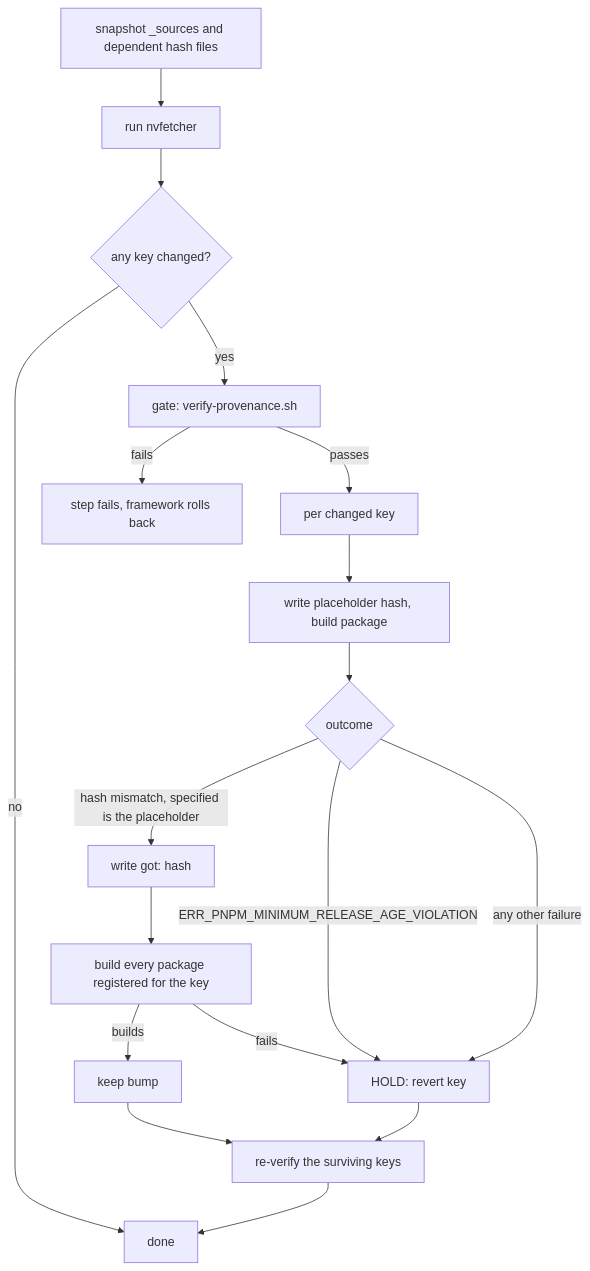
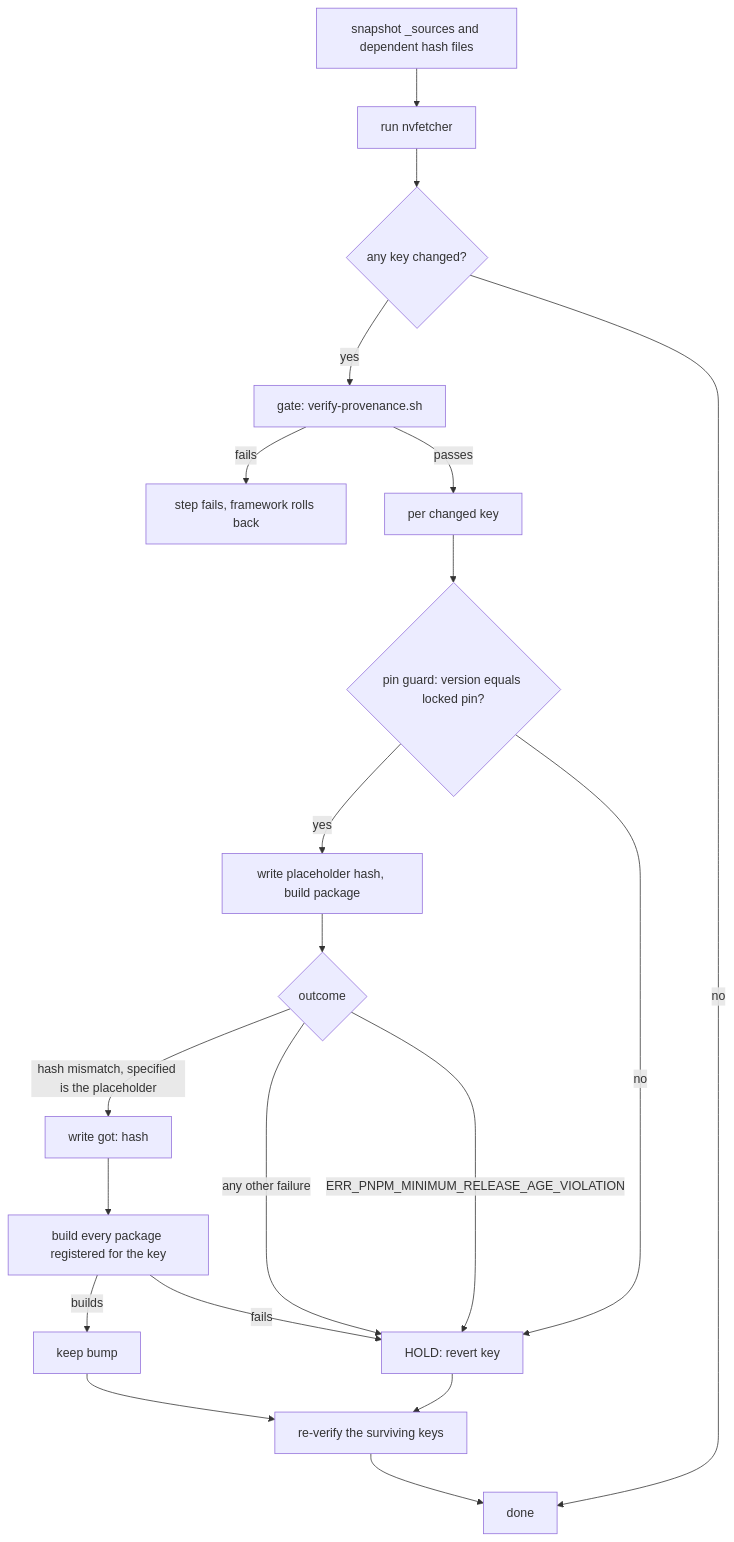
Before and after one commit to phillipgreenii/nix-overlay: the diagram in docs/update-locks-dependent-hashes.md, drawn with Mermaid. The commit also changed other lines of this file and 3 other files, not shown here.

First line of the commit message:
update-locks: hold a gomu bump the locked nix-base does not pin

````diff
--- a/docs/update-locks-dependent-hashes.md
+++ b/docs/update-locks-dependent-hashes.md
@@ -25,20 +26,22 @@
 ```mermaid
 flowchart TD
   A["snapshot _sources and dependent hash files"] --> B["run nvfetcher"]
   B --> C{"any key changed?"}
   C -- no --> Z["done"]
   C -- yes --> D["gate: verify-provenance.sh"]
   D -- fails --> F["step fails, framework rolls back"]
   D -- passes --> E["per changed key"]
-  E --> G["write placeholder hash, build package"]
+  E --> P{"pin guard: version equals locked pin?"}
+  P -- no --> J
+  P -- yes --> G["write placeholder hash, build package"]
   G --> H{"outcome"}
   H -- "hash mismatch, specified is the placeholder" --> I["write got: hash"]
   H -- "ERR_PNPM_MINIMUM_RELEASE_AGE_VIOLATION" --> J["HOLD: revert key"]
   H -- "any other failure" --> J
   I --> K["build every package registered for the key"]
   K -- builds --> L["keep bump"]
   K -- fails --> J
   J --> M["re-verify the surviving keys"]
   L --> M
   M --> Z
 ```
````
